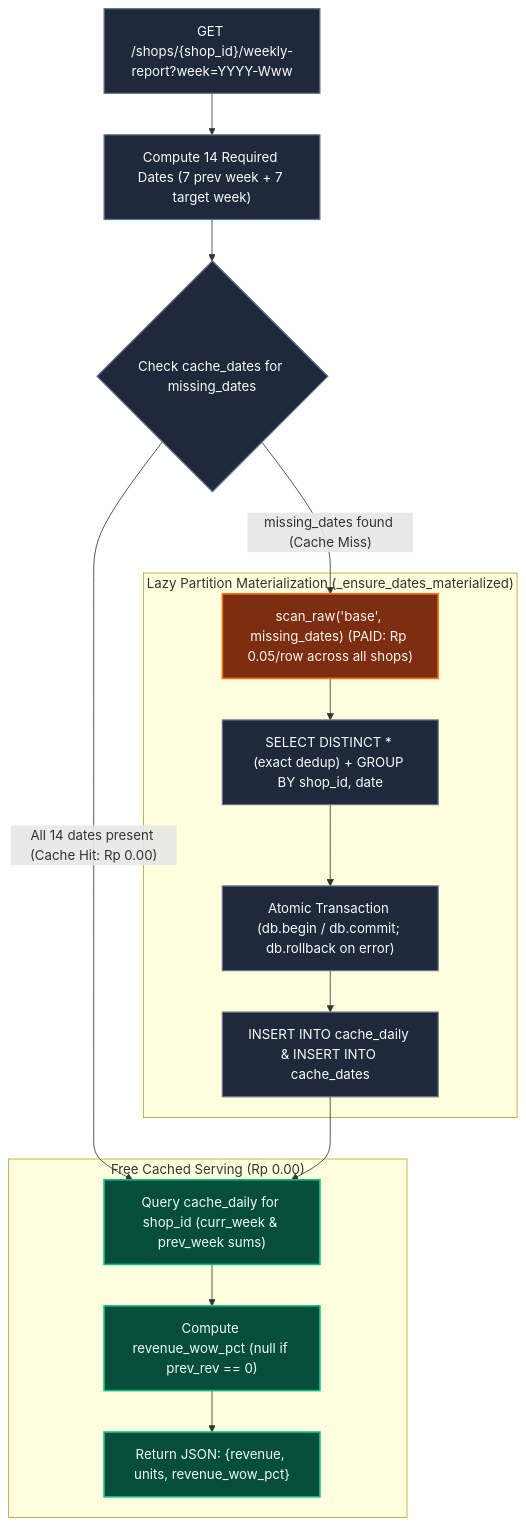
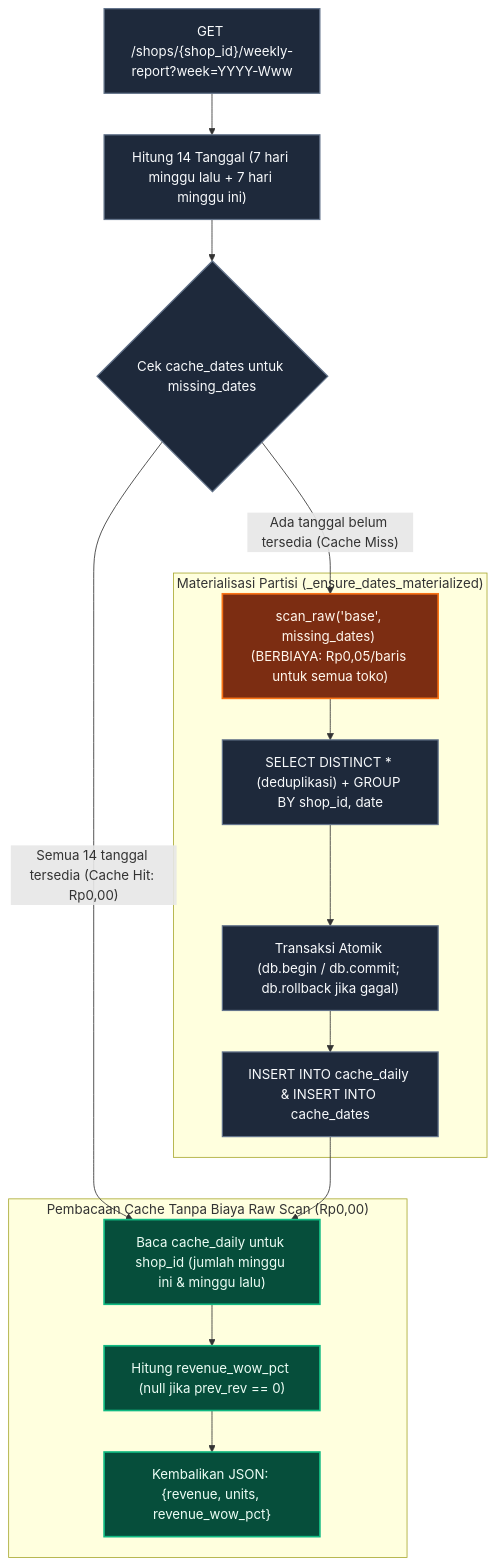
One commit to faliqadlan/nesra-hiring-engineer changed the first of 2 diagrams in README.md. Above: the diagram before and after it, drawn with Mermaid. The commit also changed other lines of this file and 1 other file, not shown here.

Commit message:
docs(readme): localize README, Mermaid diagrams, and SVG chart into Indonesian

````diff
--- a/README.md
+++ b/README.md
@@ -21,29 +35,29 @@
 ```mermaid
 flowchart TD
-    Req["GET /shops/{shop_id}/weekly-report?week=YYYY-Www"] --> Window["Compute 14 Required Dates (7 prev week + 7 target week)"]
-    Window --> Check{"Check cache_dates for missing_dates"}
+    Req["GET /shops/{shop_id}/weekly-report?week=YYYY-Www"] --> Window["Hitung 14 Tanggal (7 hari minggu lalu + 7 hari minggu ini)"]
+    Window --> Check{"Cek cache_dates untuk missing_dates"}
 
-    Check -- "All 14 dates present (Cache Hit: Rp 0.00)" --> QueryCache
-    Check -- "missing_dates found (Cache Miss)" --> RawScan["scan_raw('base', missing_dates) (PAID: Rp 0.05/row across all shops)"]
+    Check -- "Semua 14 tanggal tersedia (Cache Hit: Rp0,00)" --> QueryCache
+    Check -- "Ada tanggal belum tersedia (Cache Miss)" --> RawScan["scan_raw('base', missing_dates) (BERBIAYA: Rp0,05/baris untuk semua toko)"]
 
-    subgraph PaidPath ["Lazy Partition Materialization (_ensure_dates_materialized)"]
-        RawScan --> DedupAgg["SELECT DISTINCT * (exact dedup) + GROUP BY shop_id, date"]
-        DedupAgg --> Txn["Atomic Transaction (db.begin / db.commit; db.rollback on error)"]
+    subgraph PaidPath ["Materialisasi Partisi (_ensure_dates_materialized)"]
+        RawScan --> DedupAgg["SELECT DISTINCT * (deduplikasi) + GROUP BY shop_id, date"]
+        DedupAgg --> Txn["Transaksi Atomik (db.begin / db.commit; db.rollback jika gagal)"]
         Txn --> WriteCache["INSERT INTO cache_daily & INSERT INTO cache_dates"]
     end
 
     WriteCache --> QueryCache
 
-    subgraph FreePath ["Free Cached Serving (Rp 0.00)"]
-        QueryCache["Query cache_daily for shop_id (curr_week & prev_week sums)"] --> WoW["Compute revenue_wow_pct (null if prev_rev == 0)"]
-        WoW --> Resp["Return JSON: {revenue, units, revenue_wow_pct}"]
+    subgraph FreePath ["Pembacaan Cache Tanpa Biaya Raw Scan (Rp0,00)"]
+        QueryCache["Baca cache_daily untuk shop_id (jumlah minggu ini & minggu lalu)"] --> WoW["Hitung revenue_wow_pct (null jika prev_rev == 0)"]
+        WoW --> Resp["Kembalikan JSON: {revenue, units, revenue_wow_pct}"]
     end
 
     classDef paid fill:#7c2d12,stroke:#f97316,stroke-width:2px,color:#fff7ed;
     classDef free fill:#064e3b,stroke:#10b981,stroke-width:2px,color:#ecfdf5;
     classDef neutral fill:#1e293b,stroke:#64748b,stroke-width:1.5px,color:#f8fafc;
 
     class RawScan paid;
     class QueryCache,WoW,Resp free;
     class Req,Window,Check,DedupAgg,Txn,WriteCache neutral;
 ```
````
